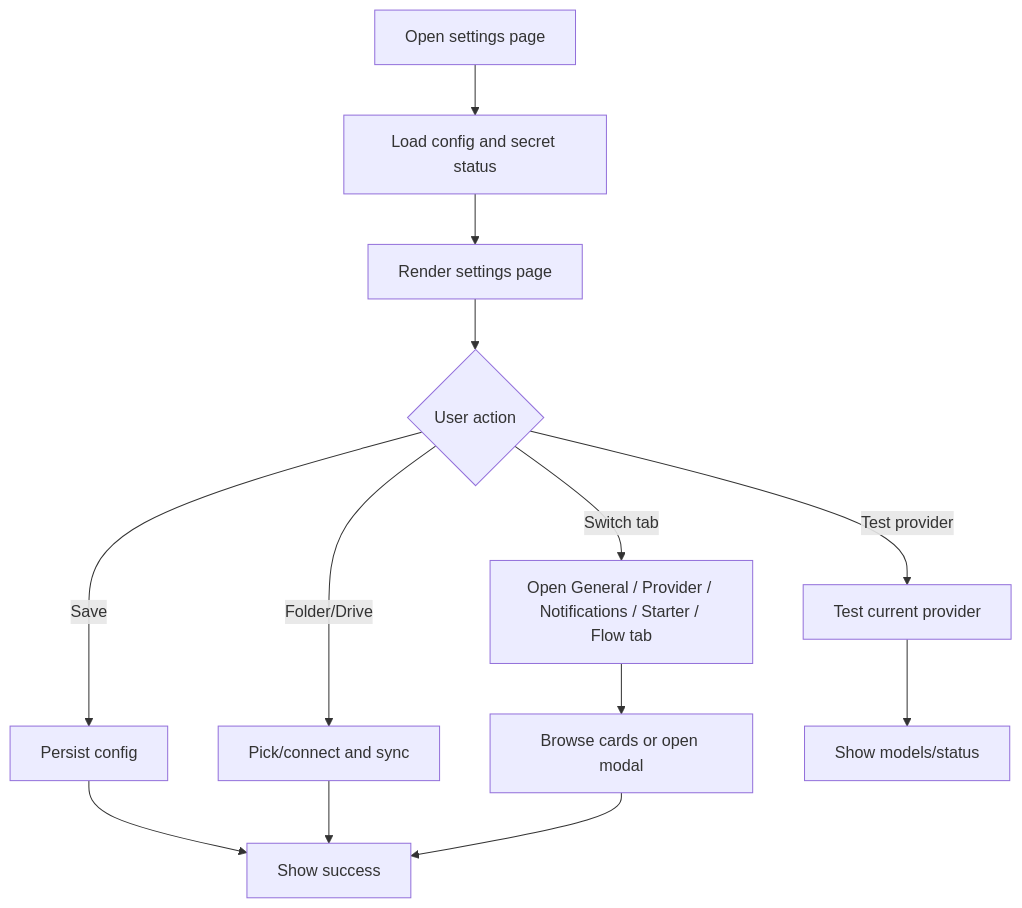
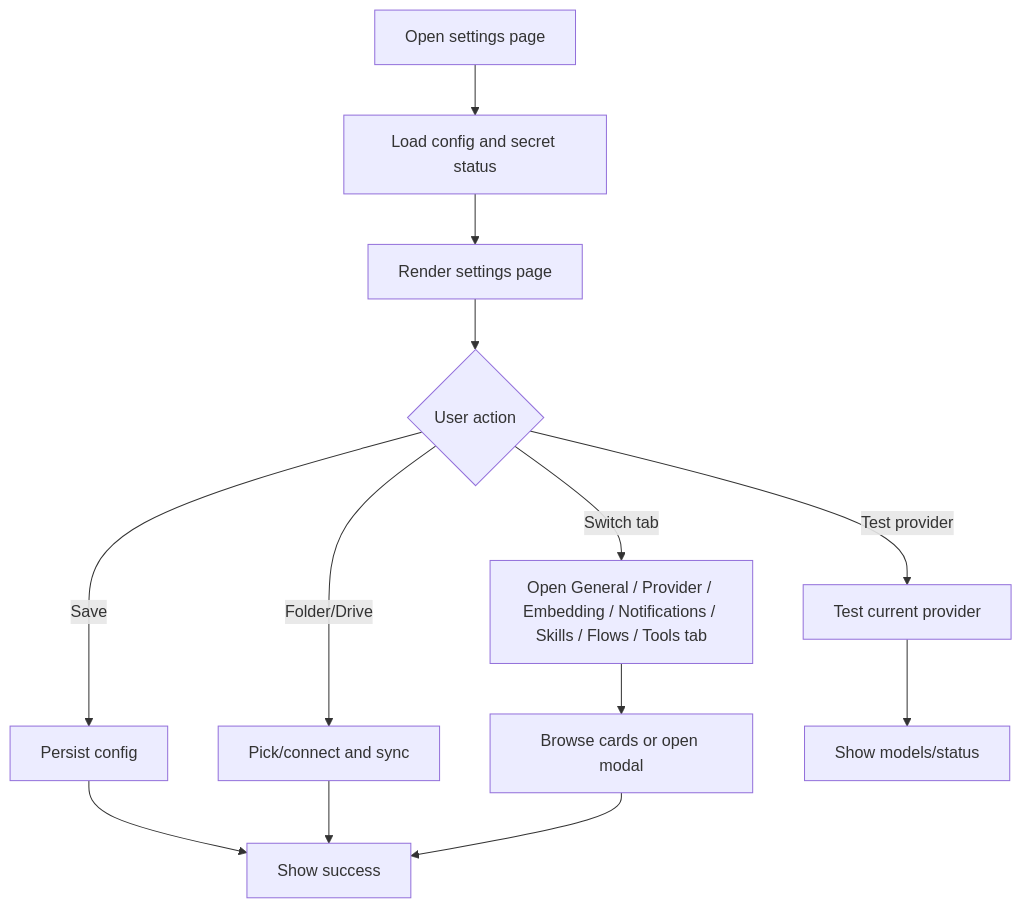
Before and after one commit to wilsondenq879/Open_Copilot: the diagram in spec/settings-and-provider-config.md, drawn with Mermaid. The commit also changed other lines of this file and 5 other files, not shown here.

````diff
--- a/spec/settings-and-provider-config.md
+++ b/spec/settings-and-provider-config.md
@@ -367,15 +396,15 @@
 ```mermaid
 flowchart TD
   A[Open settings page] --> B[Load config and secret status]
   B --> C[Render settings page]
   C --> D{User action}
   D -- Save --> E[Persist config]
   D -- Test provider --> F[Test current provider]
-  D -- Switch tab --> G[Open General / Provider / Notifications / Starter / Flow tab]
+  D -- Switch tab --> G[Open General / Provider / Embedding / Notifications / Skills / Flows / Tools tab]
   D -- Folder/Drive --> H[Pick/connect and sync]
   G --> J[Browse cards or open modal]
   E --> L[Show success]
   F --> M[Show models/status]
   H --> L
   J --> L
 ```
````
